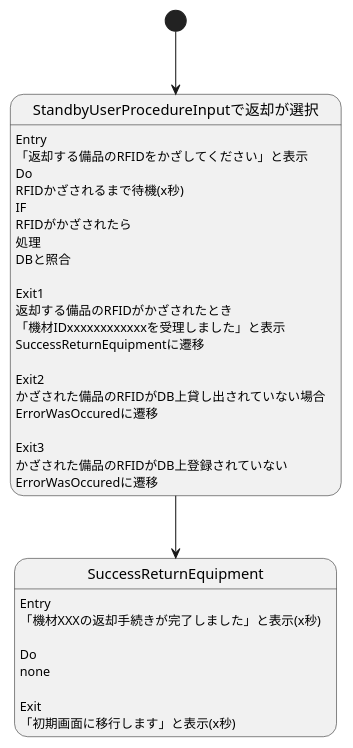
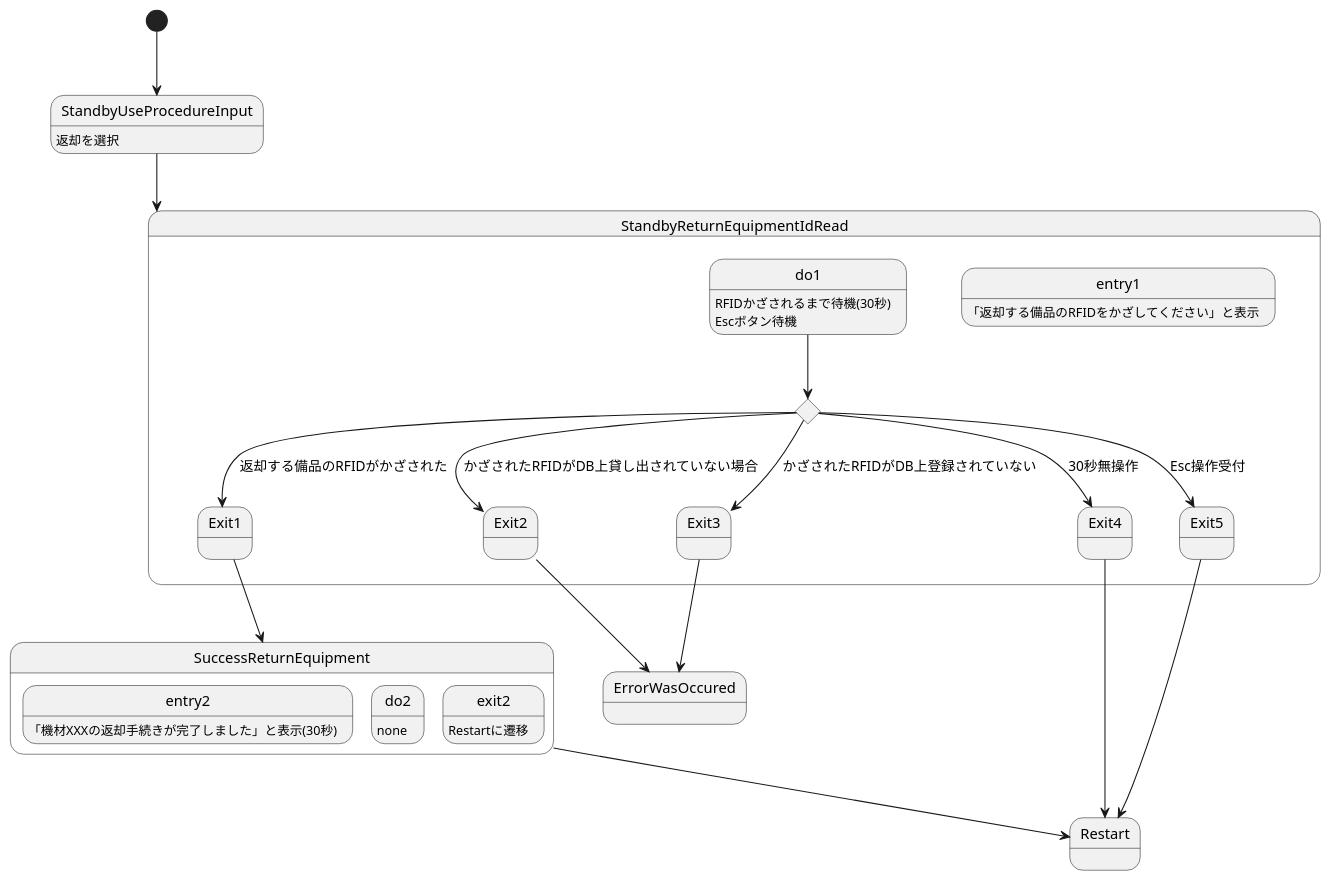
Before and after one commit to soudai-aisw/aisw_bihin: the diagram in 99_内山担当分/StandbyReturnEquipmentTdRead.wsd, drawn with PlantUML. The commit also changed other lines of this file, not shown here.

Commit message:
もっかい更新

```diff
--- a/99_内山担当分/StandbyReturnEquipmentTdRead.wsd
+++ b/99_内山担当分/StandbyReturnEquipmentTdRead.wsd
@@ -3,37 +3,46 @@
 @startuml
 
+[*] --> StandbyUseProcedureInput
+StandbyUseProcedureInput --> StandbyReturnEquipmentIdRead
+StandbyUseProcedureInput : 返却を選択
 
-[*] --> StandbyUserProcedureInputで返却が選択
-StandbyUserProcedureInputで返却が選択 --> SuccessReturnEquipment
-StandbyUserProcedureInputで返却が選択 : Entry
-StandbyUserProcedureInputで返却が選択 : 「返却する備品のRFIDをかざしてください」と表示
-StandbyUserProcedureInputで返却が選択 : Do
-StandbyUserProcedureInputで返却が選択 : RFIDかざされるまで待機(x秒)
-StandbyUserProcedureInputで返却が選択 : IF
-StandbyUserProcedureInputで返却が選択 : RFIDがかざされたら
-StandbyUserProcedureInputで返却が選択 : 処理
-StandbyUserProcedureInputで返却が選択 : DBと照合
-StandbyUserProcedureInputで返却が選択 :
-StandbyUserProcedureInputで返却が選択 : Exit1
-StandbyUserProcedureInputで返却が選択 : 返却する備品のRFIDがかざされたとき
-StandbyUserProcedureInputで返却が選択 : 「機材IDxxxxxxxxxxxxを受理しました」と表示
-StandbyUserProcedureInputで返却が選択 : SuccessReturnEquipmentに遷移
-StandbyUserProcedureInputで返却が選択 :
-StandbyUserProcedureInputで返却が選択 : Exit2
-StandbyUserProcedureInputで返却が選択 : かざされた備品のRFIDがDB上貸し出されていない場合
-StandbyUserProcedureInputで返却が選択 : ErrorWasOccuredに遷移
-StandbyUserProcedureInputで返却が選択 :
-StandbyUserProcedureInputで返却が選択 : Exit3
-StandbyUserProcedureInputで返却が選択 : かざされた備品のRFIDがDB上登録されていない
-StandbyUserProcedureInputで返却が選択 : ErrorWasOccuredに遷移
-SuccessReturnEquipment : Entry
-SuccessReturnEquipment : 「機材XXXの返却手続きが完了しました」と表示(x秒)
-SuccessReturnEquipment :
-SuccessReturnEquipment : Do
-SuccessReturnEquipment : none
-SuccessReturnEquipment :
-SuccessReturnEquipment : Exit
-SuccessReturnEquipment : 「初期画面に移行します」と表示(x秒)
+state StandbyReturnEquipmentIdRead{
+
+    state entry1
+    entry1: 「返却する備品のRFIDをかざしてください」と表示
+    state do1
+    do1 : RFIDかざされるまで待機(30秒)
+    do1 : Escボタン待機
+    state if<<choice>>
+    do1 -down-> if
+    if --> Exit1 : 返却する備品のRFIDがかざされた
+    if --> Exit2 : かざされたRFIDがDB上貸し出されていない場合
+    if --> Exit3 : かざされたRFIDがDB上登録されていない
+    if --> Exit4 : 30秒無操作
+    if --> Exit5 : Esc操作受付
+
+}
+
+Exit1 --> SuccessReturnEquipment
+Exit2 --> ErrorWasOccured
+Exit3 --> ErrorWasOccured
+Exit4 --> Restart
+Exit5 --> Restart
+
+state SuccessReturnEquipment{
+
+    state entry2
+    entry2: 「機材XXXの返却手続きが完了しました」と表示(30秒)
+    state do2
+    do2: none
+    state exit2
+    exit2: Restartに遷移
+
+}
+
+SuccessReturnEquipment --> Restart
+
+
 
 
 @enduml
```
